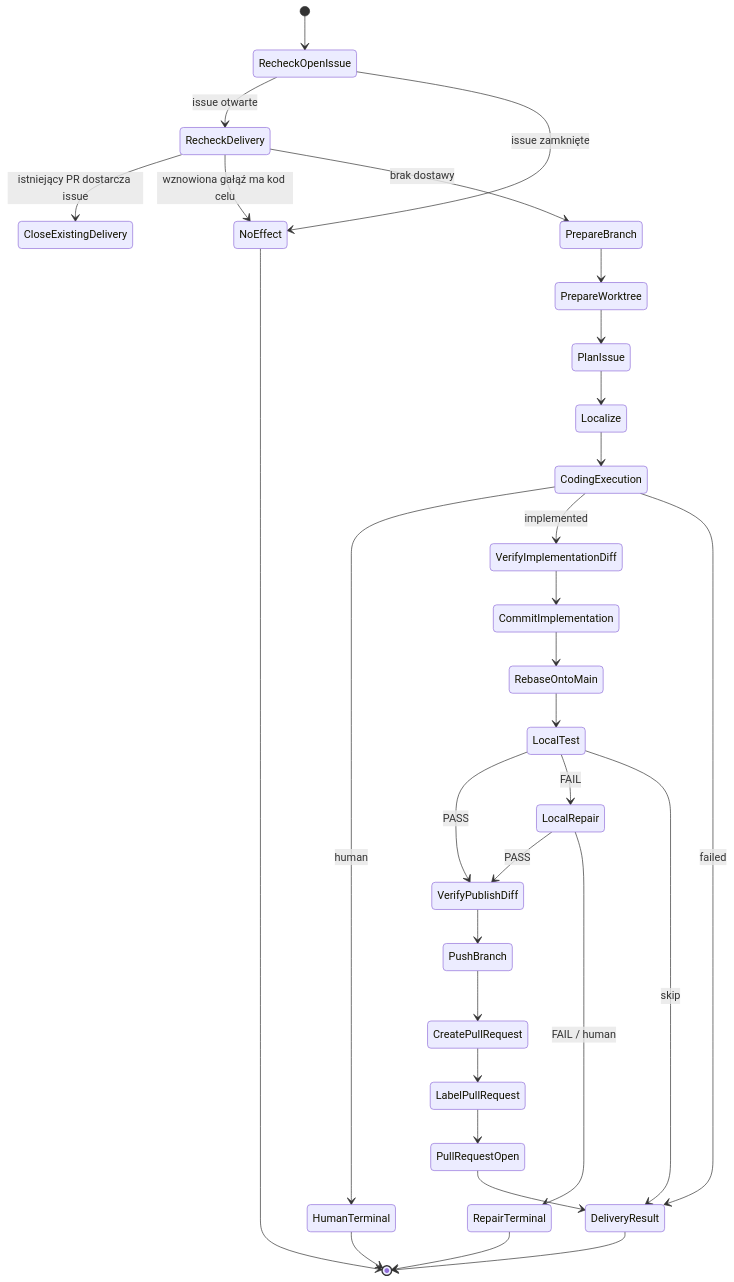
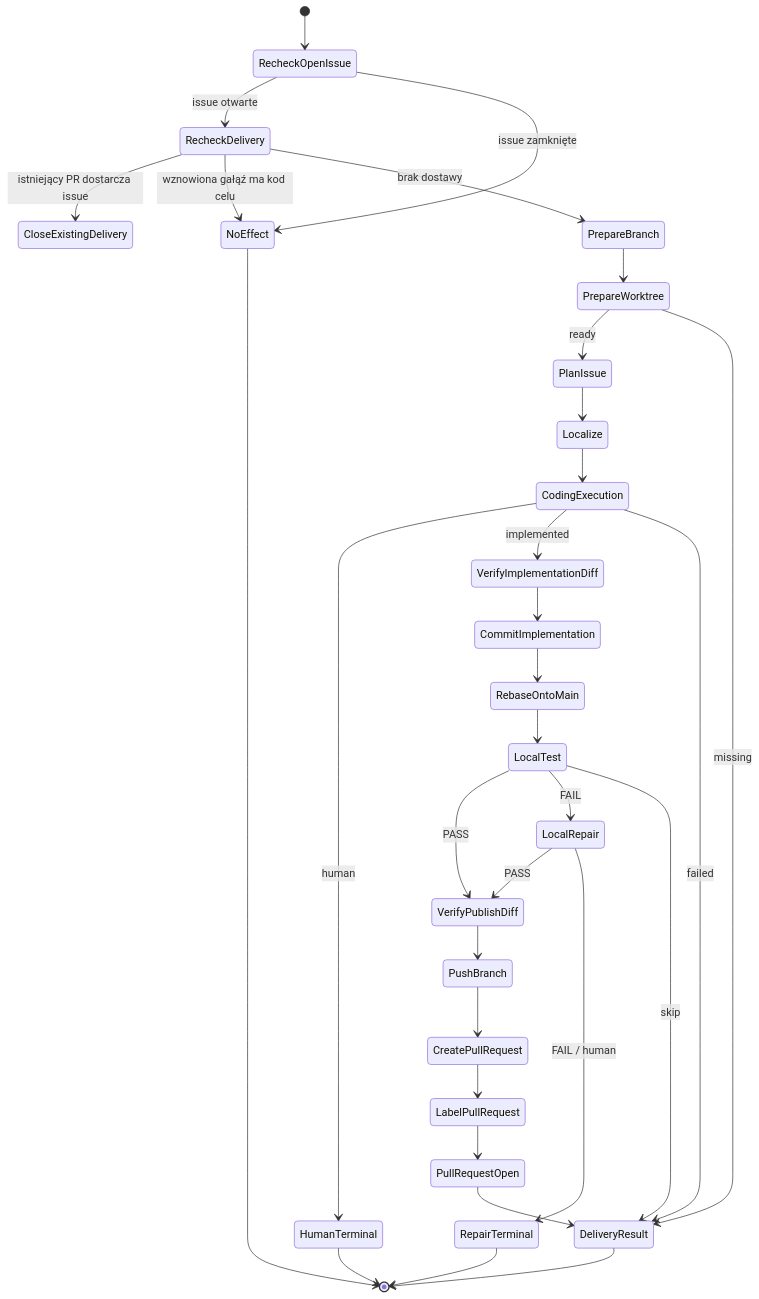
Before and after one commit to mikolaj92/lokay: diagram 42 of 47 in README.md, drawn with Mermaid. The commit also changed 11 other files, not shown here.

First line of the commit message:
Classify missing clone as worktree missing

````diff
--- a/README.md
+++ b/README.md
@@ -1124,33 +1124,34 @@
 ```mermaid
 stateDiagram-v2
     [*] --> RecheckOpenIssue
     RecheckOpenIssue --> RecheckDelivery: issue otwarte
     RecheckOpenIssue --> NoEffect: issue zamknięte
     RecheckDelivery --> CloseExistingDelivery: istniejący PR dostarcza issue
     RecheckDelivery --> NoEffect: wznowiona gałąź ma kod celu
     RecheckDelivery --> PrepareBranch: brak dostawy
     PrepareBranch --> PrepareWorktree
-    PrepareWorktree --> PlanIssue
+    PrepareWorktree --> PlanIssue: ready
+    PrepareWorktree --> DeliveryResult: missing
     PlanIssue --> Localize
     Localize --> CodingExecution
     CodingExecution --> HumanTerminal: human
     CodingExecution --> VerifyImplementationDiff: implemented
     CodingExecution --> DeliveryResult: failed
     VerifyImplementationDiff --> CommitImplementation
     CommitImplementation --> RebaseOntoMain
     RebaseOntoMain --> LocalTest
     LocalTest --> VerifyPublishDiff: PASS
     LocalTest --> LocalRepair: FAIL
     LocalTest --> DeliveryResult: skip
     LocalRepair --> VerifyPublishDiff: PASS
     LocalRepair --> RepairTerminal: FAIL / human
     VerifyPublishDiff --> PushBranch
     PushBranch --> CreatePullRequest
     CreatePullRequest --> LabelPullRequest
     LabelPullRequest --> PullRequestOpen
     PullRequestOpen --> DeliveryResult
     DeliveryResult --> [*]
     NoEffect --> [*]
     HumanTerminal --> [*]
     RepairTerminal --> [*]
 ```
````
